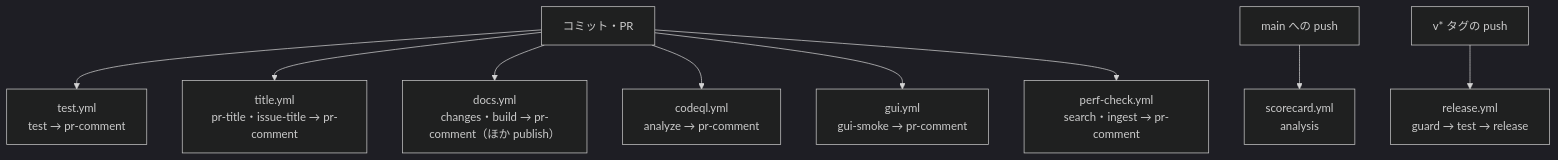
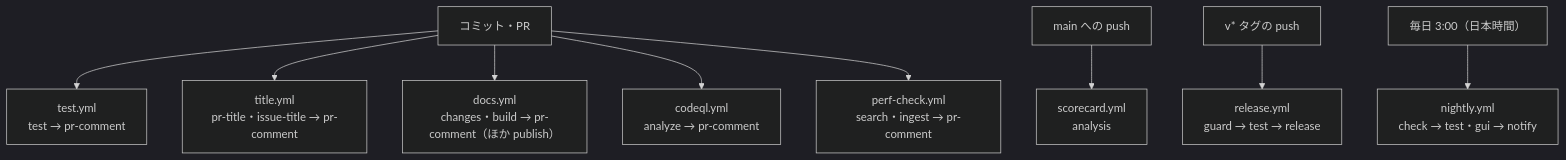
One commit to hsgwa/tebunko changed the first of 2 diagrams in docs/design/testing/ci.md. Above: the diagram before and after it, drawn with Mermaid (dark theme). The commit also changed other lines of this file and 15 other files, not shown here.

````diff
--- a/docs/design/testing/ci.md
+++ b/docs/design/testing/ci.md
@@ -5,11 +5,11 @@
 ```mermaid
 flowchart TD
     C["コミット・PR"] --> T["test.yml<br>test → pr-comment"]
     C --> TI["title.yml<br>pr-title・issue-title → pr-comment"]
     C --> D["docs.yml<br>changes・build → pr-comment（ほか publish）"]
     C --> CQ["codeql.yml<br>analyze → pr-comment"]
-    C --> G["gui.yml<br>gui-smoke → pr-comment"]
     C --> PCK["perf-check.yml<br>search・ingest → pr-comment"]
     M["main への push"] --> SC["scorecard.yml<br>analysis"]
     TAG["v* タグの push"] --> R["release.yml<br>guard → test → release"]
+    N["毎日 3:00（日本時間）"] --> NI["nightly.yml<br>check → test・gui → notify"]
 ```
````
